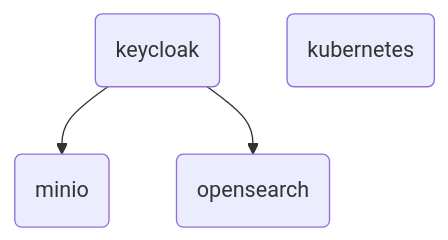
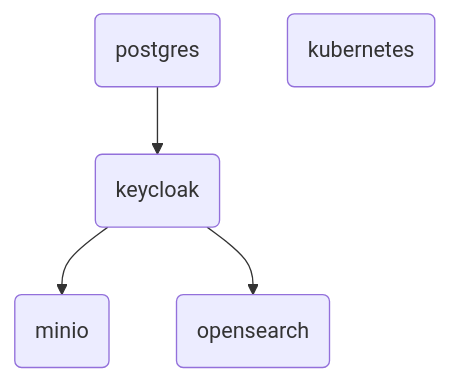
One commit to fred-agent/deployment-factory changed the diagram in README.md. Above: the diagram before and after it, drawn with Mermaid. The commit also changed other lines of this file, not shown here.

````diff
--- a/README.md
+++ b/README.md
@@ -37,6 +38,7 @@
 ```mermaid
 graph TB
+E(postgres) --> A(keycloak)
 A(keycloak) --> B(minio)
 A(keycloak) --> C(opensearch)
 D(kubernetes)
 ```
````
